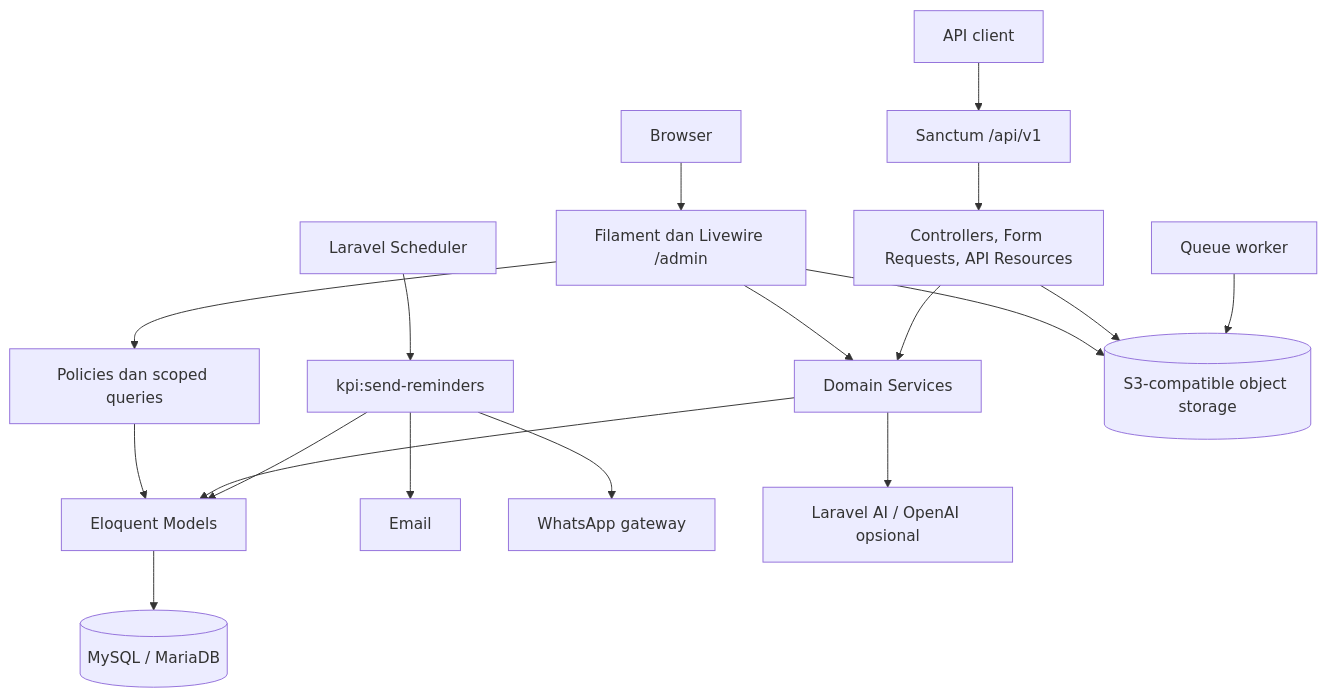
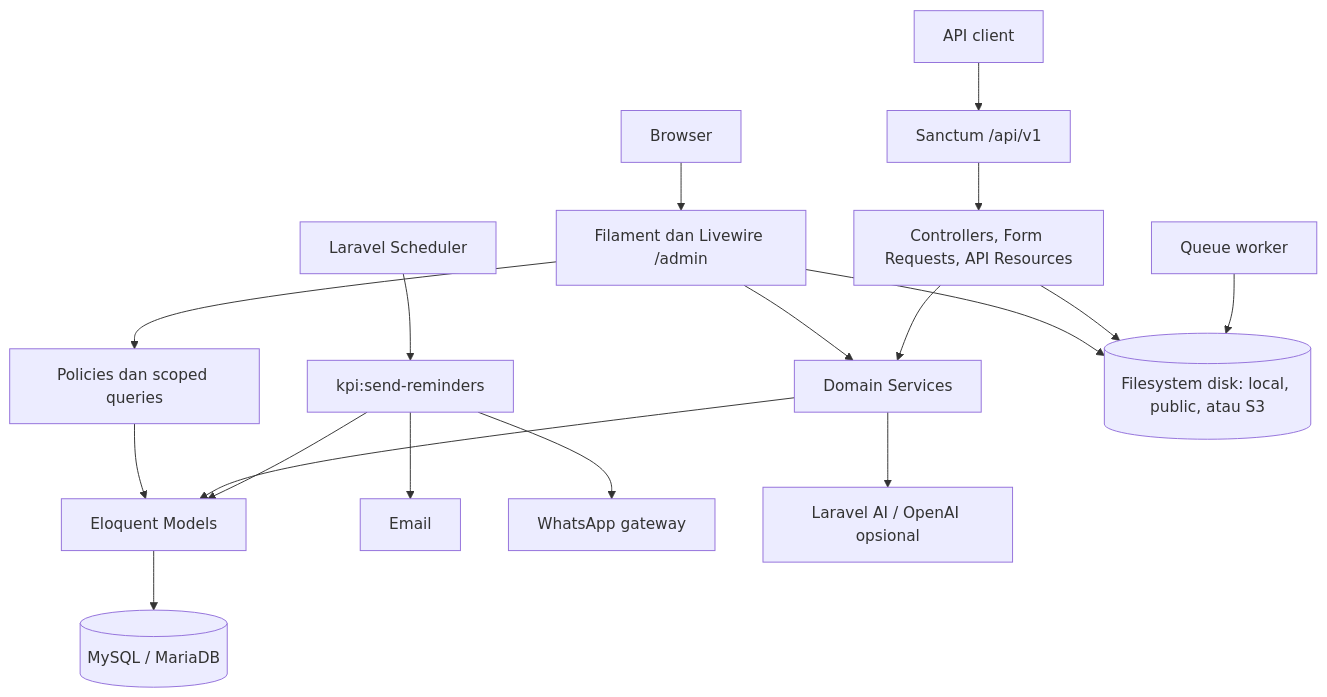
The second of 2 diagrams in README.md (oceanspacedev/dnd-web), drawn with Mermaid before and after one commit. The commit also changed other lines of this file and 25 other files, not shown here.

````diff
--- a/README.md
+++ b/README.md
@@ -240,20 +240,20 @@
 ```mermaid
 flowchart TB
     Browser --> Filament[Filament dan Livewire /admin]
     Filament --> Policies[Policies dan scoped queries]
     ApiClient[API client] --> Sanctum[Sanctum /api/v1]
     Sanctum --> Controllers[Controllers, Form Requests, API Resources]
     Scheduler[Laravel Scheduler] --> Reminder[kpi:send-reminders]
     Filament --> Services[Domain Services]
     Controllers --> Services
     Policies --> Models[Eloquent Models]
     Services --> Models
     Reminder --> Mail[Email]
     Reminder --> WA[WhatsApp gateway]
     Reminder --> Models
     Models --> DB[(MySQL / MariaDB)]
     Services --> AI[Laravel AI / OpenAI opsional]
-    Filament --> ObjectStorage[(S3-compatible object storage)]
-    Controllers --> ObjectStorage
-    Worker[Queue worker] --> ObjectStorage
+    Filament --> Files[(Filesystem disk: local, public, atau S3)]
+    Controllers --> Files
+    Worker[Queue worker] --> Files
 ```
````
